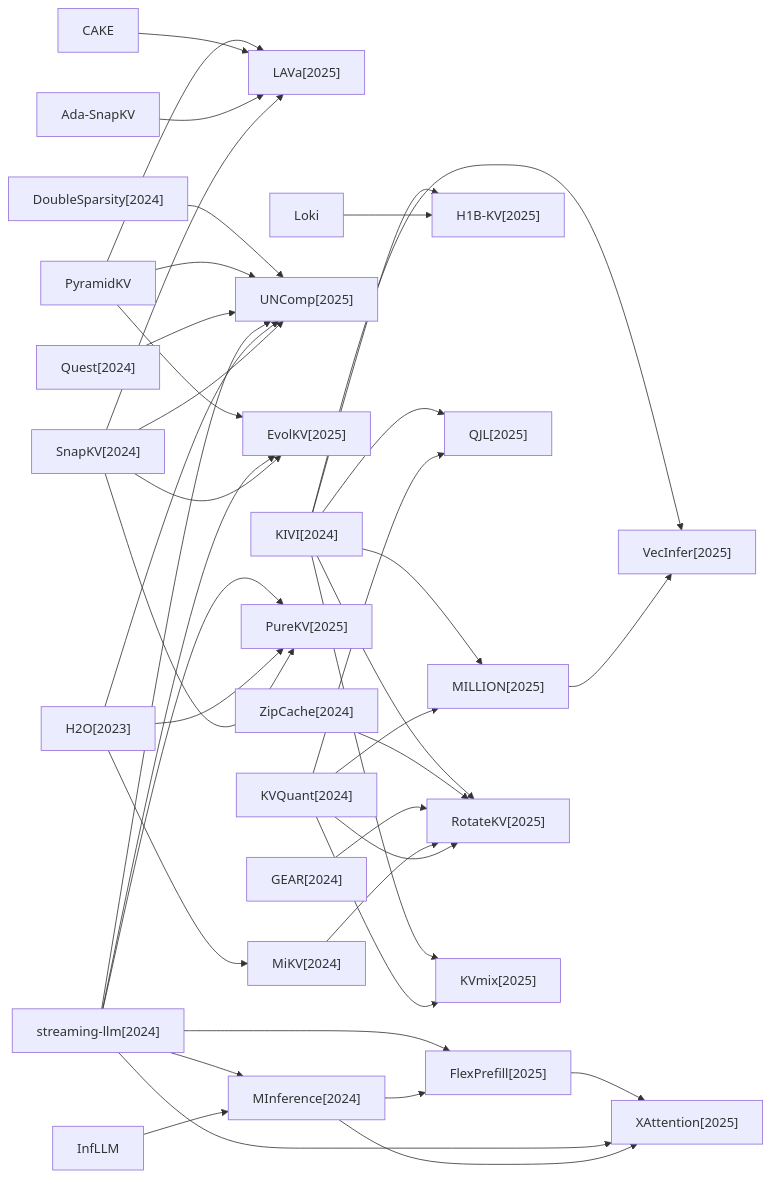
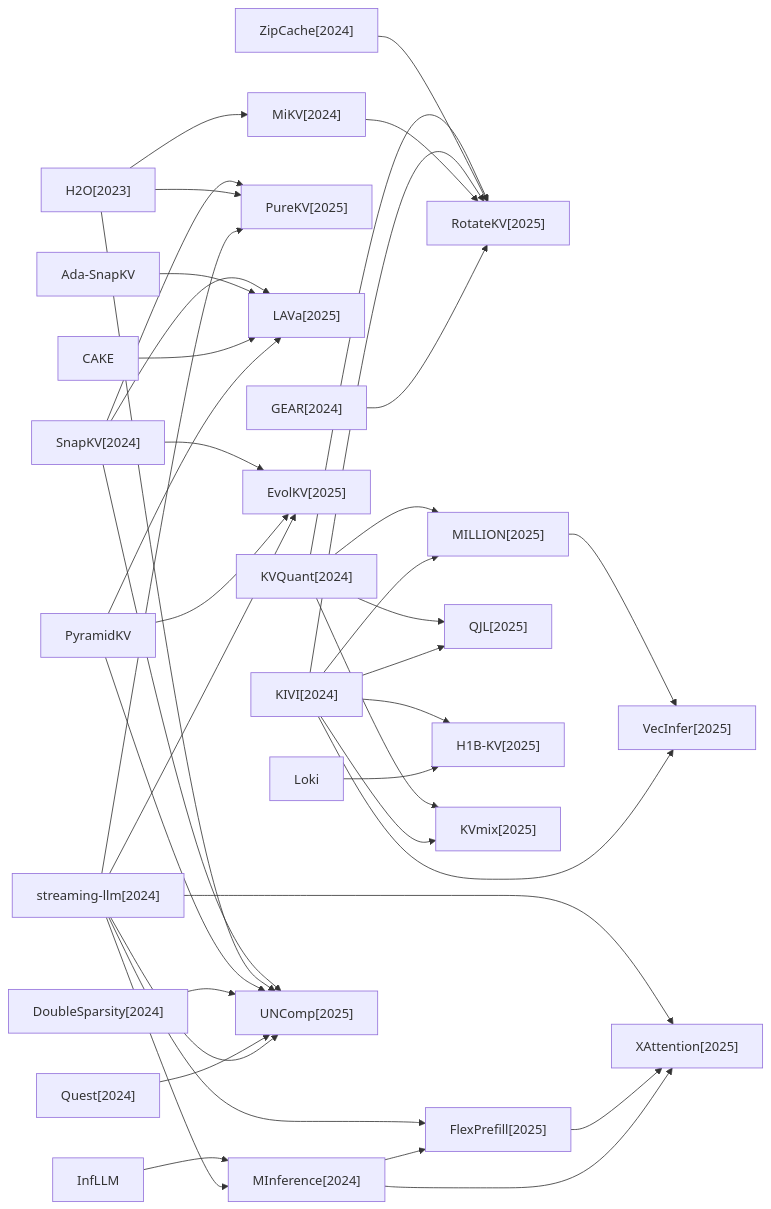
Before and after one commit to hustzxd/EfficientPaper: the fourth of 5 diagrams in docs/baseline_methods_graph.md, drawn with Mermaid. The commit also changed other lines of this file and 16 other files, not shown here.

````diff
--- a/docs/baseline_methods_graph.md
+++ b/docs/baseline_methods_graph.md
@@ -57,70 +57,70 @@
 ```mermaid
 flowchart LR
+    2025_VecInfer["VecInfer[2025]"]
+    2025_RotateKV["RotateKV[2025]"]
+    2024_GEAR["GEAR[2024]"]
+    2024_MInference["MInference[2024]"]
+    2025_PureKV["PureKV[2025]"]
+    2025_FlexPrefill["FlexPrefill[2025]"]
+    2025_LAVa["LAVa[2025]"]
+    2024_streaming_llm["streaming-llm[2024]"]
+    2024_Quest["Quest[2024]"]
     2024_DoubleSparsity["DoubleSparsity[2024]"]
-    2025_LAVa["LAVa[2025]"]
+    Loki["Loki"]
+    2025_EvolKV["EvolKV[2025]"]
+    InfLLM["InfLLM"]
+    2024_MiKV["MiKV[2024]"]
+    2025_QJL["QJL[2025]"]
+    2024_KIVI["KIVI[2024]"]
+    2024_ZipCache["ZipCache[2024]"]
+    2025_H1B_KV["H1B-KV[2025]"]
     PyramidKV["PyramidKV"]
-    2024_KIVI["KIVI[2024]"]
     CAKE["CAKE"]
+    Ada_SnapKV["Ada-SnapKV"]
     2025_XAttention["XAttention[2025]"]
-    2024_Quest["Quest[2024]"]
+    2025_KVmix["KVmix[2025]"]
+    2024_KVQuant["KVQuant[2024]"]
+    2023_H2O["H2O[2023]"]
+    2024_SnapKV["SnapKV[2024]"]
+    2025_MILLION["MILLION[2025]"]
     2025_UNComp["UNComp[2025]"]
-    2025_FlexPrefill["FlexPrefill[2025]"]
-    2025_EvolKV["EvolKV[2025]"]
-    2025_H1B_KV["H1B-KV[2025]"]
-    2025_QJL["QJL[2025]"]
-    2025_MILLION["MILLION[2025]"]
-    2025_VecInfer["VecInfer[2025]"]
-    2024_streaming_llm["streaming-llm[2024]"]
-    2025_RotateKV["RotateKV[2025]"]
-    Loki["Loki"]
-    2025_PureKV["PureKV[2025]"]
-    2024_ZipCache["ZipCache[2024]"]
-    2024_MInference["MInference[2024]"]
-    InfLLM["InfLLM"]
-    2025_KVmix["KVmix[2025]"]
-    Ada_SnapKV["Ada-SnapKV"]
-    2024_GEAR["GEAR[2024]"]
-    2023_H2O["H2O[2023]"]
-    2024_MiKV["MiKV[2024]"]
-    2024_KVQuant["KVQuant[2024]"]
-    2024_SnapKV["SnapKV[2024]"]
+    2024_GEAR --> 2025_RotateKV
+    2024_MInference --> 2025_FlexPrefill
+    2024_MInference --> 2025_XAttention
+    2025_FlexPrefill --> 2025_XAttention
+    2024_streaming_llm --> 2025_UNComp
+    2024_streaming_llm --> 2025_EvolKV
+    2024_streaming_llm --> 2025_FlexPrefill
+    2024_streaming_llm --> 2025_XAttention
+    2024_streaming_llm --> 2025_PureKV
+    2024_streaming_llm --> 2024_MInference
+    2024_Quest --> 2025_UNComp
     2024_DoubleSparsity --> 2025_UNComp
-    PyramidKV --> 2025_UNComp
-    PyramidKV --> 2025_EvolKV
-    PyramidKV --> 2025_LAVa
+    Loki --> 2025_H1B_KV
+    InfLLM --> 2024_MInference
+    2024_MiKV --> 2025_RotateKV
     2024_KIVI --> 2025_KVmix
     2024_KIVI --> 2025_MILLION
     2024_KIVI --> 2025_VecInfer
     2024_KIVI --> 2025_QJL
     2024_KIVI --> 2025_H1B_KV
     2024_KIVI --> 2025_RotateKV
+    2024_ZipCache --> 2025_RotateKV
+    PyramidKV --> 2025_UNComp
+    PyramidKV --> 2025_EvolKV
+    PyramidKV --> 2025_LAVa
     CAKE --> 2025_LAVa
-    2024_Quest --> 2025_UNComp
-    2025_FlexPrefill --> 2025_XAttention
-    2025_MILLION --> 2025_VecInfer
-    2024_streaming_llm --> 2025_UNComp
-    2024_streaming_llm --> 2025_EvolKV
-    2024_streaming_llm --> 2025_FlexPrefill
-    2024_streaming_llm --> 2025_XAttention
-    2024_streaming_llm --> 2025_PureKV
-    2024_streaming_llm --> 2024_MInference
-    Loki --> 2025_H1B_KV
-    2024_ZipCache --> 2025_RotateKV
-    2024_MInference --> 2025_FlexPrefill
-    2024_MInference --> 2025_XAttention
-    InfLLM --> 2024_MInference
     Ada_SnapKV --> 2025_LAVa
-    2024_GEAR --> 2025_RotateKV
-    2023_H2O --> 2025_UNComp
-    2023_H2O --> 2025_PureKV
-    2023_H2O --> 2024_MiKV
-    2024_MiKV --> 2025_RotateKV
     2024_KVQuant --> 2025_KVmix
     2024_KVQuant --> 2025_MILLION
     2024_KVQuant --> 2025_QJL
     2024_KVQuant --> 2025_RotateKV
+    2023_H2O --> 2025_UNComp
+    2023_H2O --> 2025_PureKV
+    2023_H2O --> 2024_MiKV
     2024_SnapKV --> 2025_UNComp
     2024_SnapKV --> 2025_EvolKV
     2024_SnapKV --> 2025_LAVa
     2024_SnapKV --> 2025_PureKV
+    2025_MILLION --> 2025_VecInfer
 ```
````
